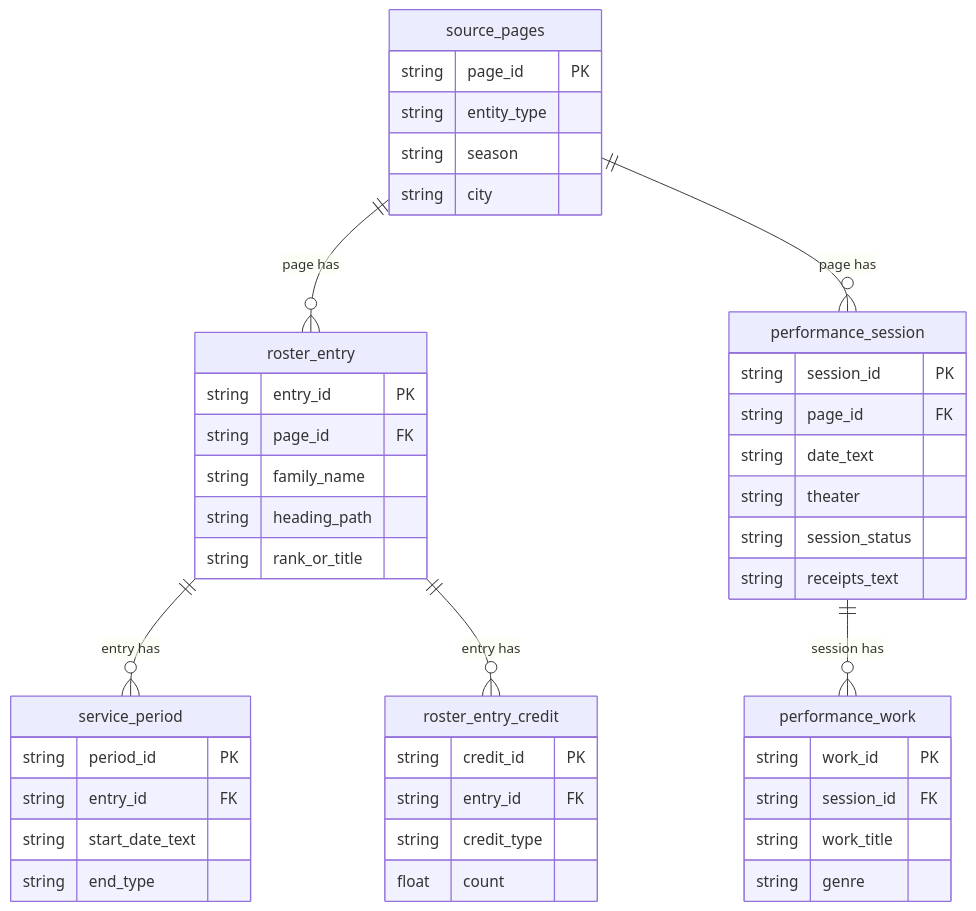
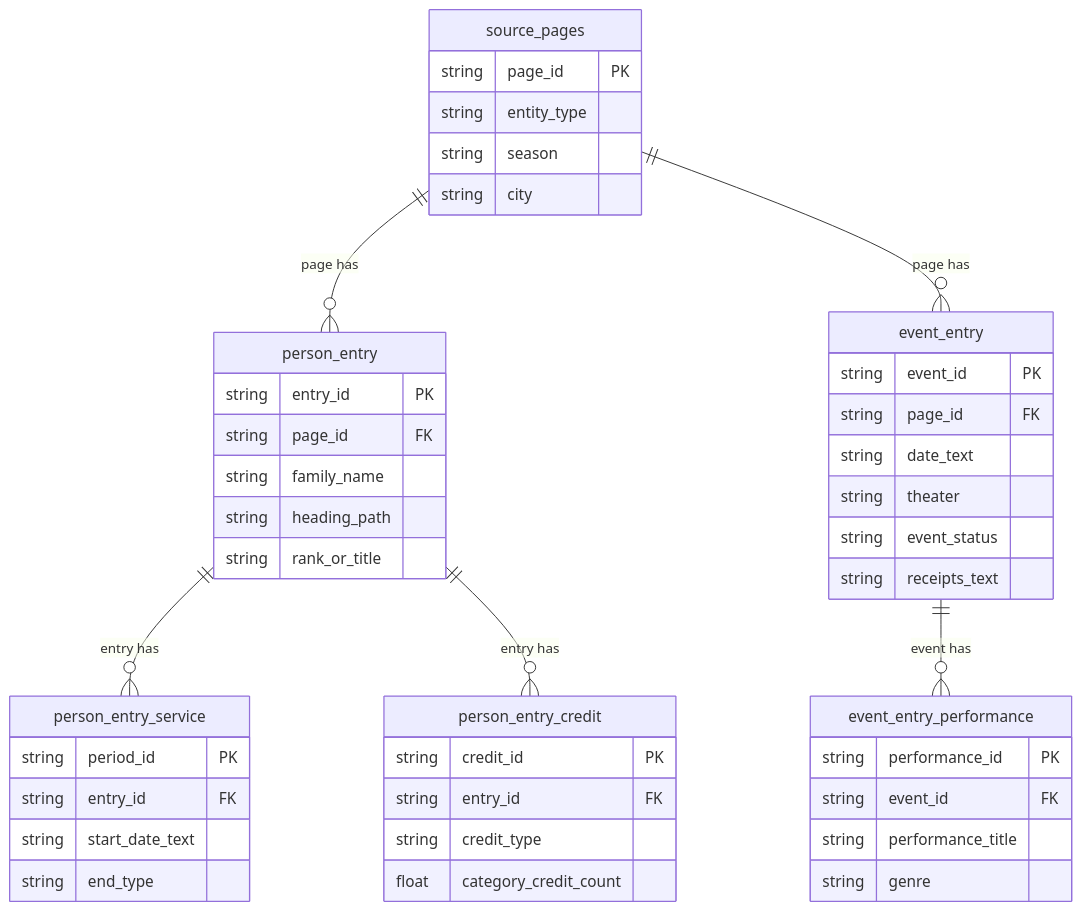
One commit to PULdischo/imperial_russia_theatre_yearbooks changed the first of 2 diagrams in README.md. Above: the diagram before and after it, drawn with Mermaid. The commit also changed other lines of this file and 39 other files, not shown here.

First line of the commit message:
Rename raw/analysis/entities/research schema per RG's docs/schema.md revision

````diff
--- a/README.md
+++ b/README.md
@@ -202,48 +202,48 @@
 ```mermaid
 erDiagram
     source_pages {
         string page_id PK
         string entity_type
         string season
         string city
     }
-    roster_entry {
+    person_entry {
         string entry_id PK
         string page_id FK
         string family_name
         string heading_path
         string rank_or_title
     }
-    service_period {
+    person_entry_service {
         string period_id PK
         string entry_id FK
         string start_date_text
         string end_type
     }
-    roster_entry_credit {
+    person_entry_credit {
         string credit_id PK
         string entry_id FK
         string credit_type
-        float count
+        float category_credit_count
     }
-    performance_session {
-        string session_id PK
+    event_entry {
+        string event_id PK
         string page_id FK
         string date_text
         string theater
-        string session_status
+        string event_status
         string receipts_text
     }
-    performance_work {
-        string work_id PK
-        string session_id FK
-        string work_title
+    event_entry_performance {
+        string performance_id PK
+        string event_id FK
+        string performance_title
         string genre
     }
 
-    source_pages ||--o{ roster_entry : "page has"
-    source_pages ||--o{ performance_session : "page has"
-    roster_entry ||--o{ service_period : "entry has"
-    roster_entry ||--o{ roster_entry_credit : "entry has"
-    performance_session ||--o{ performance_work : "session has"
+    source_pages ||--o{ person_entry : "page has"
+    source_pages ||--o{ event_entry : "page has"
+    person_entry ||--o{ person_entry_service : "entry has"
+    person_entry ||--o{ person_entry_credit : "entry has"
+    event_entry ||--o{ event_entry_performance : "event has"
 ```
````
